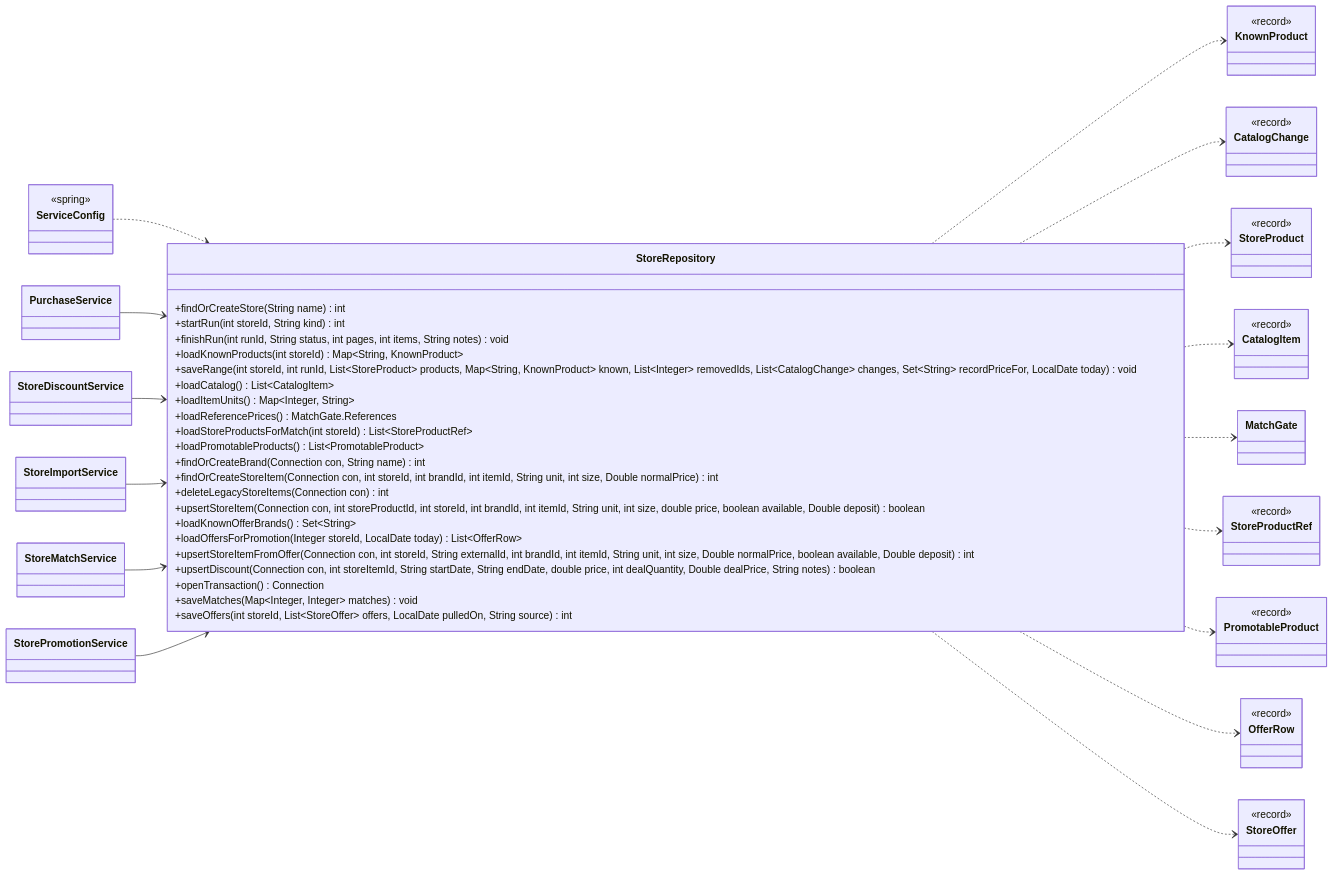
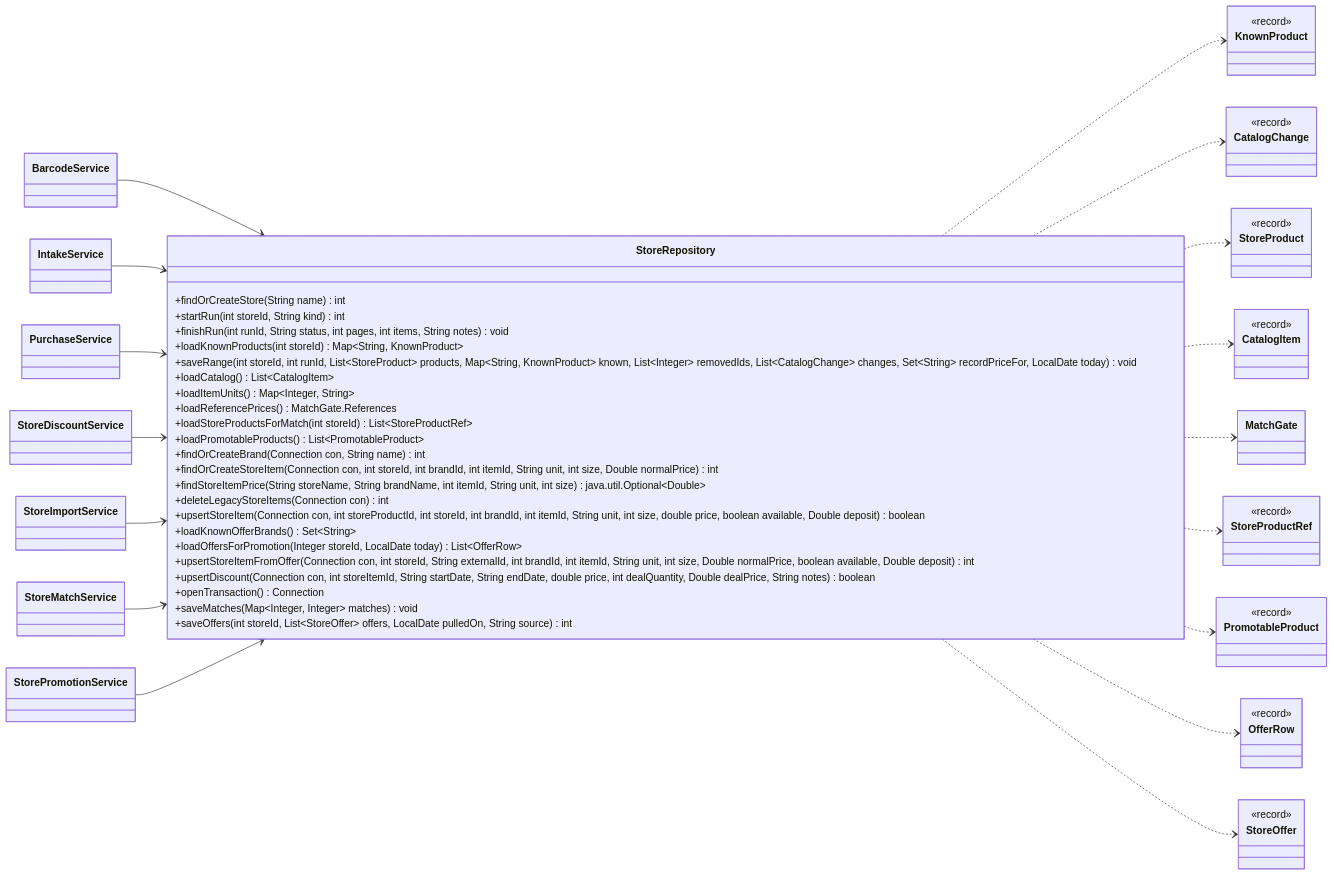
One commit to Nate-ryan-7690/dahaem changed diagram 47 of 48 in docs/classes/stores.md. Above: the diagram before and after it, drawn with Mermaid. The commit also changed other lines of this file and 8 other files, not shown here.

````diff
--- a/docs/classes/stores.md
+++ b/docs/classes/stores.md
@@ -2385,75 +2385,77 @@
 ```mermaid
 classDiagram
     direction LR
     class stores_StoreRepository["StoreRepository"] {
         +findOrCreateStore(String name) int
         +startRun(int storeId, String kind) int
         +finishRun(int runId, String status, int pages, int items, String notes) void
         +loadKnownProducts(int storeId) Map~String, KnownProduct~
         +saveRange(int storeId, int runId, List~StoreProduct~ products, Map~String, KnownProduct~ known, List~Integer~ removedIds, List~CatalogChange~ changes, Set~String~ recordPriceFor, LocalDate today) void
         +loadCatalog() List~CatalogItem~
         +loadItemUnits() Map~Integer, String~
         +loadReferencePrices() MatchGate.References
         +loadStoreProductsForMatch(int storeId) List~StoreProductRef~
         +loadPromotableProducts() List~PromotableProduct~
         +findOrCreateBrand(Connection con, String name) int
         +findOrCreateStoreItem(Connection con, int storeId, int brandId, int itemId, String unit, int size, Double normalPrice) int
+        +findStoreItemPrice(String storeName, String brandName, int itemId, String unit, int size) java.util.Optional~Double~
         +deleteLegacyStoreItems(Connection con) int
         +upsertStoreItem(Connection con, int storeProductId, int storeId, int brandId, int itemId, String unit, int size, double price, boolean available, Double deposit) boolean
         +loadKnownOfferBrands() Set~String~
         +loadOffersForPromotion(Integer storeId, LocalDate today) List~OfferRow~
         +upsertStoreItemFromOffer(Connection con, int storeId, String externalId, int brandId, int itemId, String unit, int size, Double normalPrice, boolean available, Double deposit) int
         +upsertDiscount(Connection con, int storeItemId, String startDate, String endDate, double price, int dealQuantity, Double dealPrice, String notes) boolean
         +openTransaction() Connection
         +saveMatches(Map~Integer, Integer~ matches) void
         +saveOffers(int storeId, List~StoreOffer~ offers, LocalDate pulledOn, String source) int
     }
+    class barcode_BarcodeService["BarcodeService"]
+    class barcode_IntakeService["IntakeService"]
     class finance_PurchaseService["PurchaseService"]
     class stores_StoreDiscountService["StoreDiscountService"]
     class stores_StoreImportService["StoreImportService"]
     class stores_StoreMatchService["StoreMatchService"]
     class stores_StorePromotionService["StorePromotionService"]
     class stores_KnownProduct["KnownProduct"] {
         <<record>>
     }
     class stores_CatalogChange["CatalogChange"] {
         <<record>>
     }
     class stores_StoreProduct["StoreProduct"] {
         <<record>>
     }
     class stores_CatalogItem["CatalogItem"] {
         <<record>>
     }
     class stores_MatchGate["MatchGate"]
     class stores_StoreProductRef["StoreProductRef"] {
         <<record>>
     }
     class stores_PromotableProduct["PromotableProduct"] {
         <<record>>
     }
     class stores_OfferRow["OfferRow"] {
         <<record>>
     }
     class stores_StoreOffer["StoreOffer"] {
         <<record>>
     }
-    class api_ServiceConfig["ServiceConfig"] {
-        <<spring>>
-    }
     stores_StoreRepository ..> stores_KnownProduct
     stores_StoreRepository ..> stores_CatalogChange
     stores_StoreRepository ..> stores_StoreProduct
     stores_StoreRepository ..> stores_CatalogItem
     stores_StoreRepository ..> stores_MatchGate
     stores_StoreRepository ..> stores_StoreProductRef
     stores_StoreRepository ..> stores_PromotableProduct
     stores_StoreRepository ..> stores_OfferRow
     stores_StoreRepository ..> stores_StoreOffer
-    api_ServiceConfig ..> stores_StoreRepository
+    barcode_BarcodeService --> stores_StoreRepository
+    barcode_IntakeService --> stores_StoreRepository
     finance_PurchaseService --> stores_StoreRepository
     stores_StoreDiscountService --> stores_StoreRepository
     stores_StoreImportService --> stores_StoreRepository
     stores_StoreMatchService --> stores_StoreRepository
     stores_StorePromotionService --> stores_StoreRepository
+    %% 1 more neighbours not drawn
 ```
````
